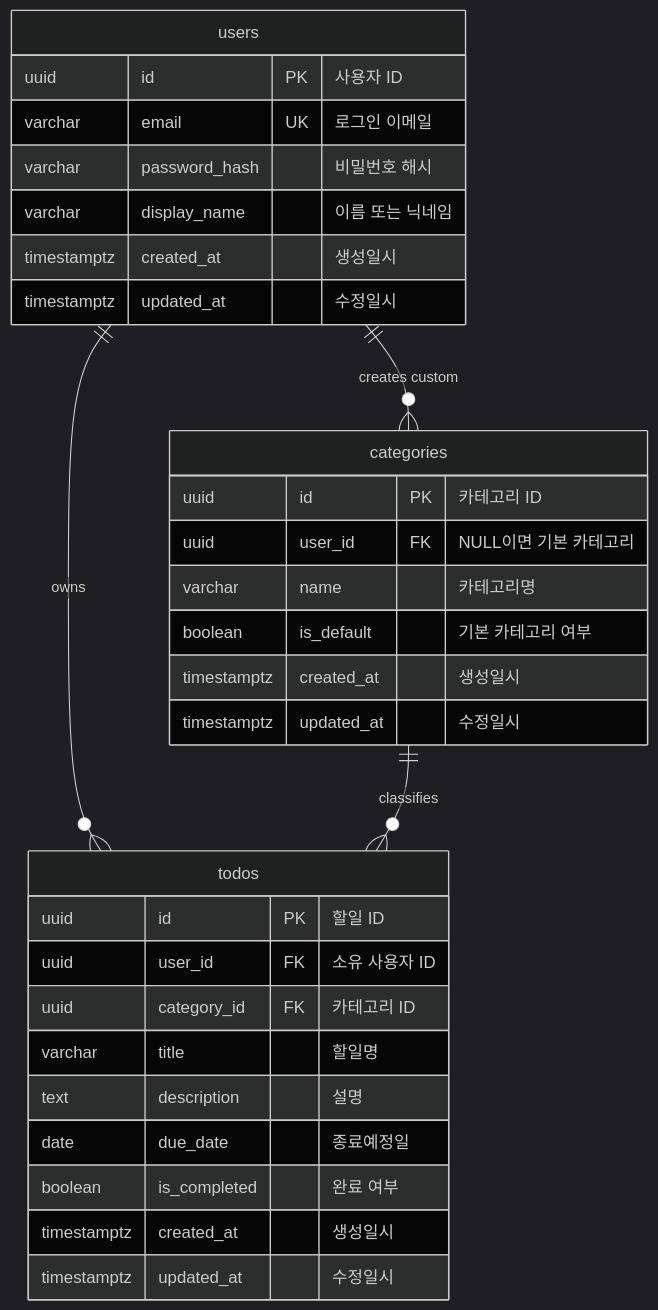
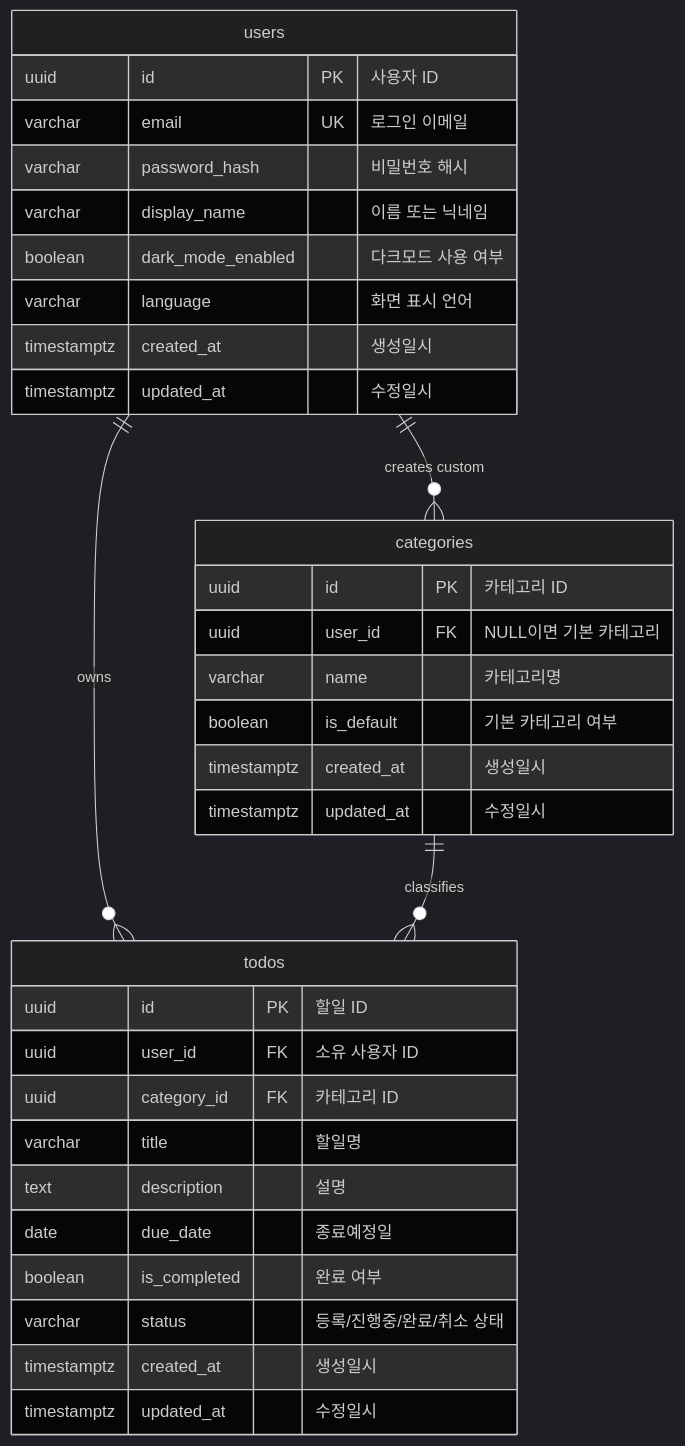
The diagram in docs/6-erd.md (rrrsh1215-svg/todolist-app), drawn with Mermaid (dark theme) before and after one commit. The commit also changed other lines of this file and 151 other files, not shown here.

````diff
--- a/docs/6-erd.md
+++ b/docs/6-erd.md
@@ -9,36 +9,39 @@
 ```mermaid
 erDiagram
     users ||--o{ todos : "owns"
     users ||--o{ categories : "creates custom"
     categories ||--o{ todos : "classifies"
 
     users {
         uuid id PK "사용자 ID"
         varchar email UK "로그인 이메일"
         varchar password_hash "비밀번호 해시"
         varchar display_name "이름 또는 닉네임"
+        boolean dark_mode_enabled "다크모드 사용 여부"
+        varchar language "화면 표시 언어"
         timestamptz created_at "생성일시"
         timestamptz updated_at "수정일시"
     }
 
     categories {
         uuid id PK "카테고리 ID"
         uuid user_id FK "NULL이면 기본 카테고리"
         varchar name "카테고리명"
         boolean is_default "기본 카테고리 여부"
         timestamptz created_at "생성일시"
         timestamptz updated_at "수정일시"
     }
 
     todos {
         uuid id PK "할일 ID"
         uuid user_id FK "소유 사용자 ID"
         uuid category_id FK "카테고리 ID"
         varchar title "할일명"
         text description "설명"
         date due_date "종료예정일"
         boolean is_completed "완료 여부"
+        varchar status "등록/진행중/완료/취소 상태"
         timestamptz created_at "생성일시"
         timestamptz updated_at "수정일시"
     }
 ```
````
